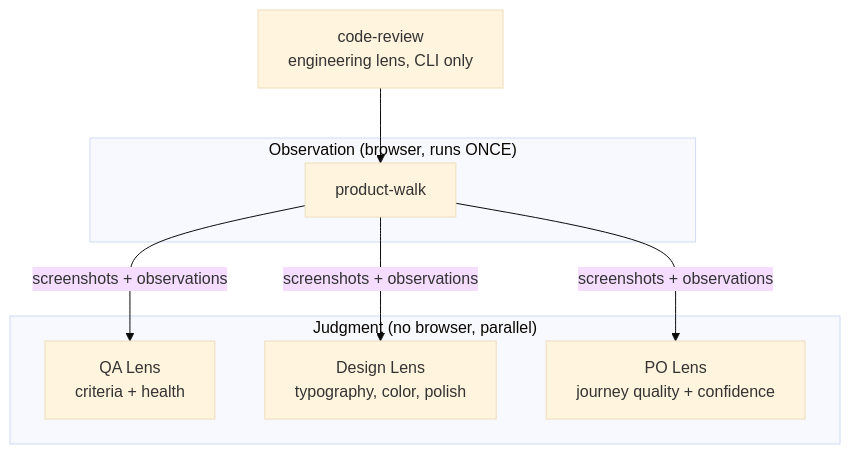
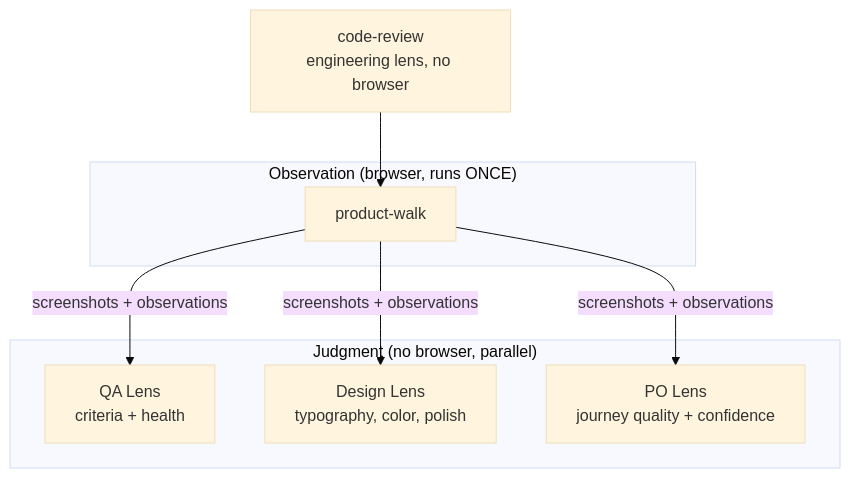
Before and after one commit to gregario/the-rouge: the third of 4 diagrams in docs/how-rouge-works.md, drawn with Mermaid (base theme). The commit also changed other lines of this file, not shown here.

````diff
--- a/docs/how-rouge-works.md
+++ b/docs/how-rouge-works.md
@@ -223,17 +261,17 @@
 ```mermaid
 flowchart TB
     subgraph "Observation (browser, runs ONCE)"
         PW[product-walk]
     end
 
     subgraph "Judgment (no browser, parallel)"
         QA[QA Lens<br/>criteria + health]
         DL[Design Lens<br/>typography, color, polish]
         PO[PO Lens<br/>journey quality + confidence]
     end
 
-    CR[code-review<br/>engineering lens, CLI only] --> PW
+    CR[code-review<br/>engineering lens, no browser] --> PW
     PW -->|screenshots + observations| QA
     PW -->|screenshots + observations| DL
     PW -->|screenshots + observations| PO
 ```
````
